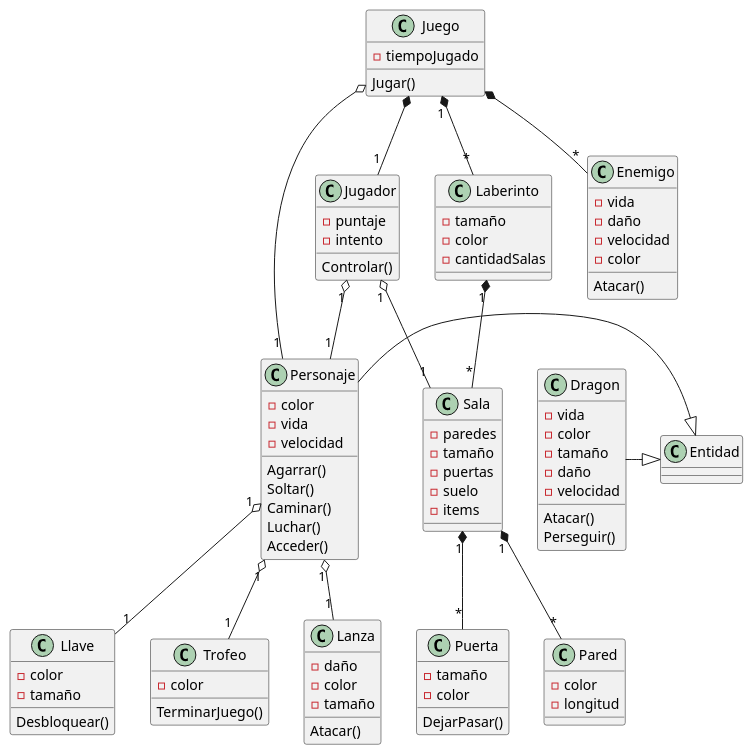
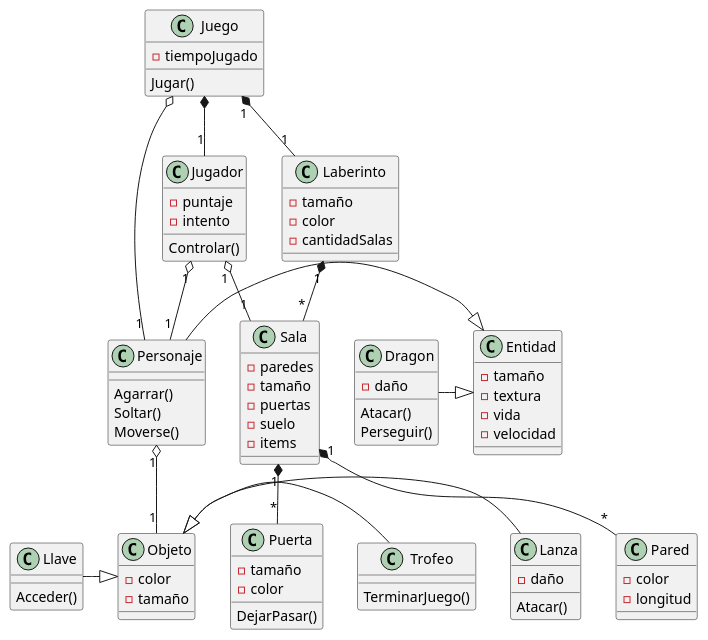
The diagram in docs/adventure.puml (joseassad13/Adveture_The_Game), drawn with PlantUML before and after one commit. The commit also changed 9 other files, not shown here.

```diff
--- a/docs/adventure.puml
+++ b/docs/adventure.puml
@@ -1,111 +1,101 @@
 @startuml Adventure
 
 class Juego
 {
     Jugar()
     -tiempoJugado
 }
 class Jugador
 {
     Controlar()
     -puntaje
     -intento
 }
 class Personaje 
 {
     Agarrar()
     Soltar()
-    Caminar()
-    Luchar()
-    Acceder()
+    Moverse()
+    
+}
+class Objeto{
     -color
-    -vida
-    -velocidad
+    -tamaño
 }
-
 class Llave
 {
-    Desbloquear()
-    -color
-    -tamaño
+    Acceder()
+   
 }
 class Trofeo
 {
     TerminarJuego()
-    -color
 }
 class Lanza 
 {
     Atacar()
     -daño
-    -color 
-    -tamaño
 }
 
 class Sala
 {
     -paredes
     -tamaño
     -puertas
     -suelo
     -items
 }
 class Puerta 
 {
     DejarPasar()
     -tamaño 
     -color
 }
 class Laberinto
 {
     -tamaño
     -color
     -cantidadSalas
 }
 class Pared
 {
     -color
     -longitud
 }
 
 class Dragon
 {
     Atacar()
     Perseguir()
-    -vida
-    -color
-    -tamaño
     -daño
-    -velocidad
-}
-class Enemigo
-{
-    Atacar()
-    -vida
-    -daño
-    -velocidad 
-    -color
+   
 }
 
+class Entidad{
+    -tamaño
+    -textura
+    -vida
+    -velocidad
 
-class Entidad
+}
 
 Jugador "1" o-- "1" Personaje
 Juego *-- "1" Jugador
 Juego o-- "1" Personaje
 
-Juego *-- "*" Enemigo
-Personaje "1" o-- "1" Llave
-Personaje "1" o-- "1" Trofeo
-Personaje "1" o-- "1" Lanza
+Llave -|> Objeto
+Trofeo-|> Objeto
+Lanza -|> Objeto
 
-Juego "1" *-- "*"Laberinto
+Personaje "1" o-- "1" Objeto
+
+Juego "1" *-- "1"Laberinto
 Laberinto "1" *-- "*"Sala
 Jugador "1" o--"1"Sala
 Sala "1"*-- "*" Puerta
 Sala "1" *-- "*" Pared 
 
 Personaje -|> Entidad
 Dragon -|> Entidad
 
 @enduml
```
